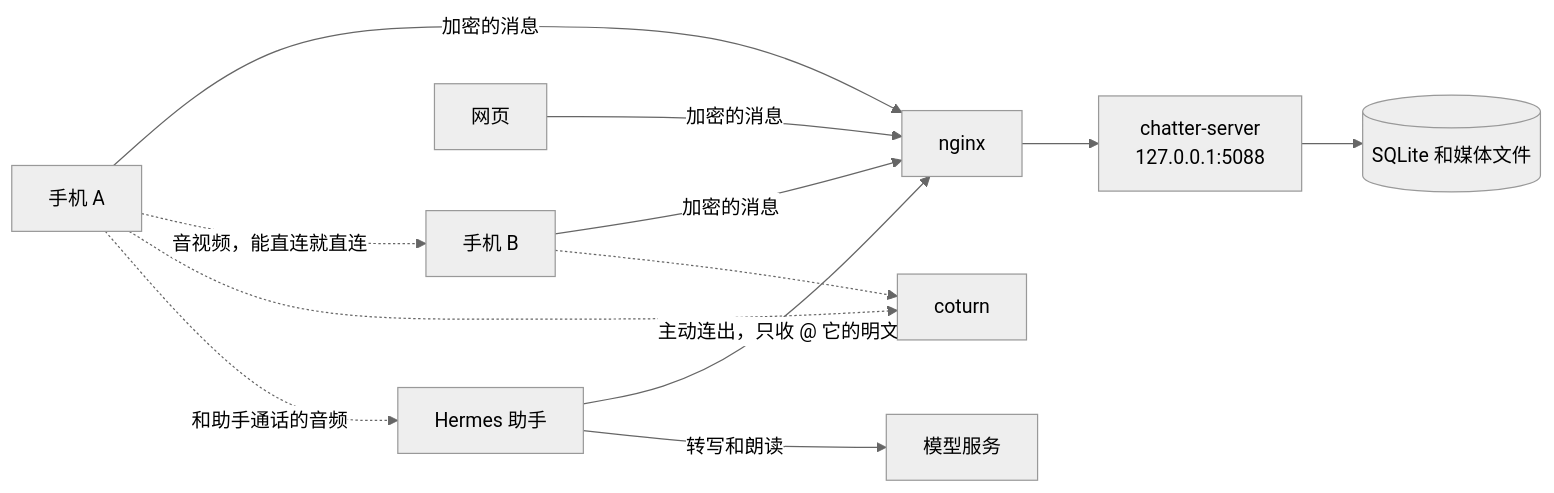
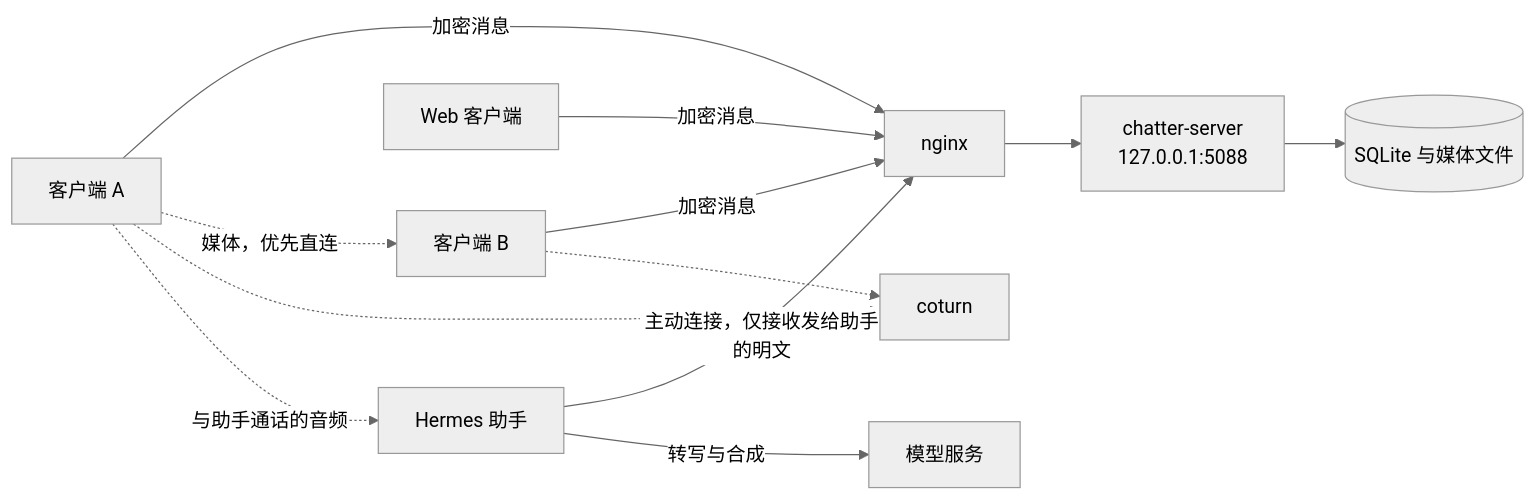
The diagram in README.md (jiayunlimailutorontoca/lochatter), drawn with Mermaid (neutral theme) before and after one commit. The commit also changed other lines of this file and 22 other files, not shown here.

````diff
--- a/README.md
+++ b/README.md
@@ -71,24 +59,24 @@
 ```mermaid
 flowchart LR
-  phoneA[手机 A]
-  phoneB[手机 B]
-  web[网页]
+  phoneA[客户端 A]
+  phoneB[客户端 B]
+  web[Web 客户端]
   nginx[nginx]
   server[chatter-server<br/>127.0.0.1:5088]
-  db[(SQLite 和媒体文件)]
+  db[(SQLite 与媒体文件)]
   turn[coturn]
   hermes[Hermes 助手]
   hub[模型服务]
 
-  phoneA -->|加密的消息| nginx
-  phoneB -->|加密的消息| nginx
-  web -->|加密的消息| nginx
+  phoneA -->|加密消息| nginx
+  phoneB -->|加密消息| nginx
+  web -->|加密消息| nginx
   nginx --> server
   server --> db
-  phoneA -.->|音视频，能直连就直连| phoneB
+  phoneA -.->|媒体，优先直连| phoneB
   phoneA -.-> turn
   phoneB -.-> turn
-  hermes -->|主动连出，只收 @ 它的明文| nginx
-  phoneA -.->|和助手通话的音频| hermes
-  hermes -->|转写和朗读| hub
+  hermes -->|主动连接，仅接收发给助手的明文| nginx
+  phoneA -.->|与助手通话的音频| hermes
+  hermes -->|转写与合成| hub
 ```
````
